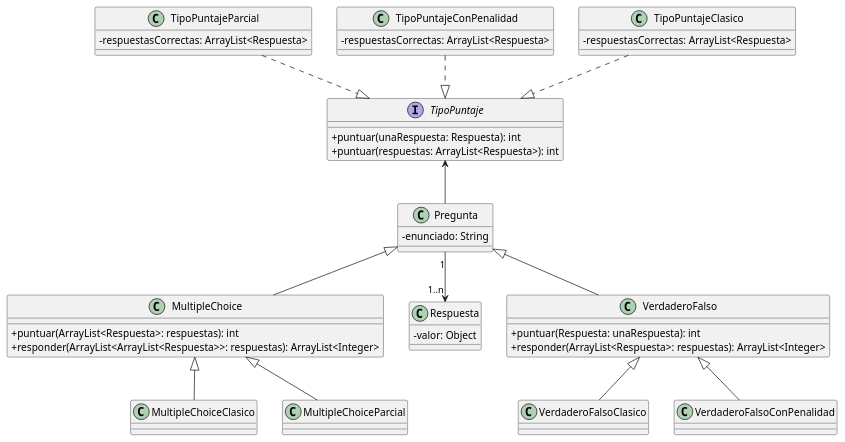
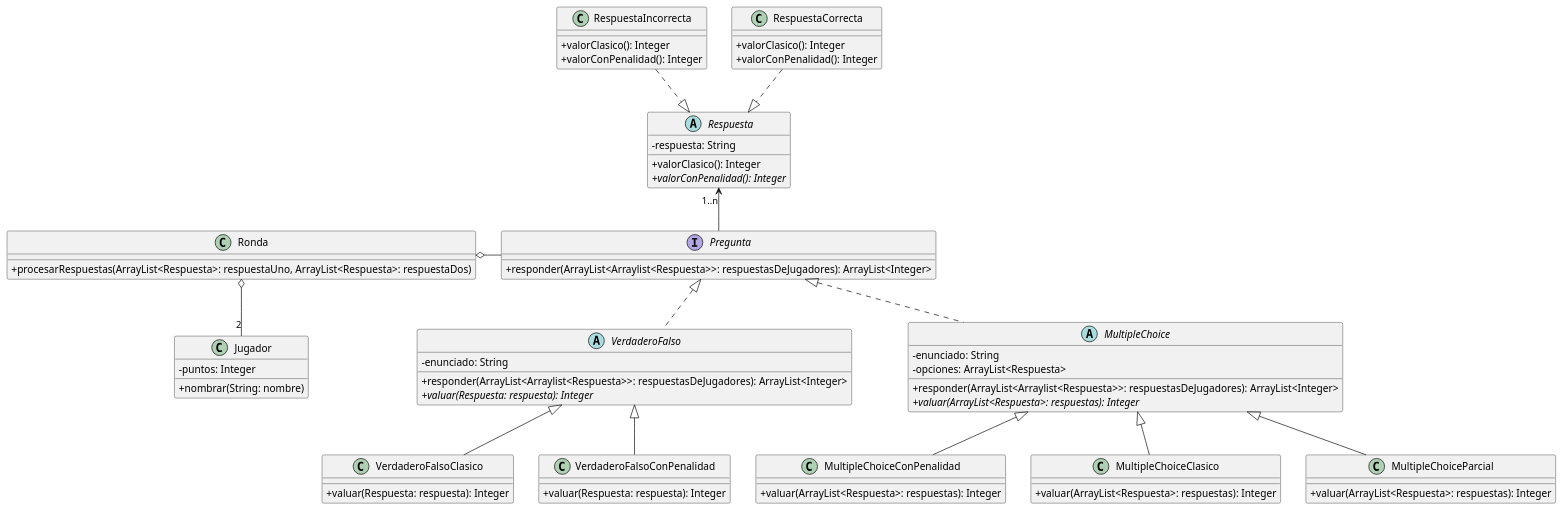
Before and after one commit to gcc-cdimatteo/Algoritmos-y-Programacion-III-75.07: the diagram in Documentacion/DC_01 V2.puml, drawn with PlantUML.

Commit message:
Diagrama de clases actualizado

```diff
--- a/Documentacion/DC_01 V2.puml
+++ b/Documentacion/DC_01 V2.puml
@@ -1,72 +1,93 @@
 @startuml
 skinparam classAttributeIconSize 0
 
-class MultipleChoice {
-    + puntuar(ArrayList<Respuesta>: respuestas): int
-    + responder(ArrayList<ArrayList<Respuesta>>: respuestas): ArrayList<Integer>
+interface Pregunta {
+    + responder(ArrayList<Arraylist<Respuesta>>: respuestasDeJugadores): ArrayList<Integer>
 }
 
-class MultipleChoiceClasico
-
-class MultipleChoiceParcial
-
-class Pregunta {
+abstract class MultipleChoice {
     - enunciado: String
+    - opciones: ArrayList<Respuesta>
+    + responder(ArrayList<Arraylist<Respuesta>>: respuestasDeJugadores): ArrayList<Integer>
+    + {abstract} valuar(ArrayList<Respuesta>: respuestas): Integer
 }
 
-class Respuesta {
-    - valor: Object
+class MultipleChoiceClasico{
+    + valuar(ArrayList<Respuesta>: respuestas): Integer
 }
 
-class VerdaderoFalso {
-    + puntuar(Respuesta: unaRespuesta): int
-    + responder(ArrayList<Respuesta>: respuestas): ArrayList<Integer>
+class MultipleChoiceParcial{
+    + valuar(ArrayList<Respuesta>: respuestas): Integer
 }
 
-class VerdaderoFalsoClasico
-
-class VerdaderoFalsoConPenalidad
-
-interface TipoPuntaje {
-    + puntuar(unaRespuesta: Respuesta): int
-    + puntuar(respuestas: ArrayList<Respuesta>): int
+class MultipleChoiceConPenalidad{
+    + valuar(ArrayList<Respuesta>: respuestas): Integer
 }
 
-class TipoPuntajeClasico {
-    - respuestasCorrectas: ArrayList<Respuesta>
+abstract class VerdaderoFalso {
+    - enunciado: String
+    + responder(ArrayList<Arraylist<Respuesta>>: respuestasDeJugadores): ArrayList<Integer>
+    + {abstract} valuar(Respuesta: respuesta): Integer
 }
 
-class TipoPuntajeConPenalidad {
-    - respuestasCorrectas: ArrayList<Respuesta>
+class VerdaderoFalsoClasico{
+    + valuar(Respuesta: respuesta): Integer
 }
 
-class TipoPuntajeParcial {
-    - respuestasCorrectas: ArrayList<Respuesta>
+class VerdaderoFalsoConPenalidad{
+    + valuar(Respuesta: respuesta): Integer
+}
+
+abstract class Respuesta {
+    - respuesta: String
+    + valorClasico(): Integer
+    + {abstract} valorConPenalidad(): Integer
+}
+
+class RespuestaCorrecta{
+    + valorClasico(): Integer
+    +  valorConPenalidad(): Integer
+}
+
+class RespuestaIncorrecta{
+    + valorClasico(): Integer
+    + valorConPenalidad(): Integer
+}
+
+class Ronda{
+    +procesarRespuestas(ArrayList<Respuesta>: respuestaUno, ArrayList<Respuesta>: respuestaDos)
+}
+
+class Jugador{
+    - puntos: Integer
+    + nombrar(String: nombre)
 }
 
 'Ordenamiento De Cuadrados
 
 'Herencia --|> cumple la relación 'es un'
-Pregunta <|-- MultipleChoice
-Pregunta <|-- VerdaderoFalso
-MultipleChoice <|-- MultipleChoiceClasico
-MultipleChoice <|-- MultipleChoiceParcial
+MultipleChoice <|-down- MultipleChoiceClasico
+MultipleChoice <|-down- MultipleChoiceParcial
+MultipleChoice <|-- MultipleChoiceConPenalidad
 VerdaderoFalso <|-- VerdaderoFalsoClasico
 VerdaderoFalso <|-- VerdaderoFalsoConPenalidad
 
 'Asociacion --> un objeto guarda a otro
-Pregunta "1" --> "1..n" Respuesta
-Pregunta -up-> TipoPuntaje
+Pregunta -up-> "1..n" Respuesta
 
 'Agregacion --o un objeto esta compuesto por otro pero no lo necesita para vivir
+Jugador "2" -up-o Ronda
+Pregunta -left-o Ronda
 
 'Composicion --* un objeto es dueño de otro
 
 'Dependencia ..> un objeto utiliza a otro porque lo recibe/devuelve
 
 'Interfaces ..|> colección de declaraciones de métodos sin implemetnar
-TipoPuntaje <|.up. TipoPuntajeClasico 
-TipoPuntaje <|.up. TipoPuntajeConPenalidad
-TipoPuntaje <|.up. TipoPuntajeParcial
+Pregunta <|.. MultipleChoice 
+Pregunta <|.. VerdaderoFalso
+Respuesta <|.up. RespuestaCorrecta
+Respuesta <|.up. RespuestaIncorrecta
+
 
 @enduml
```
